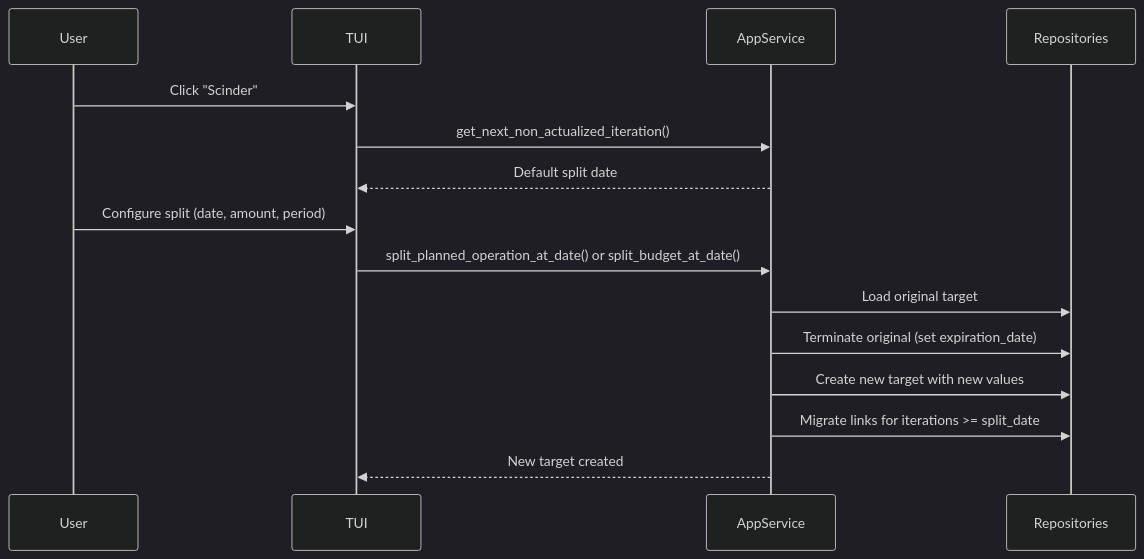
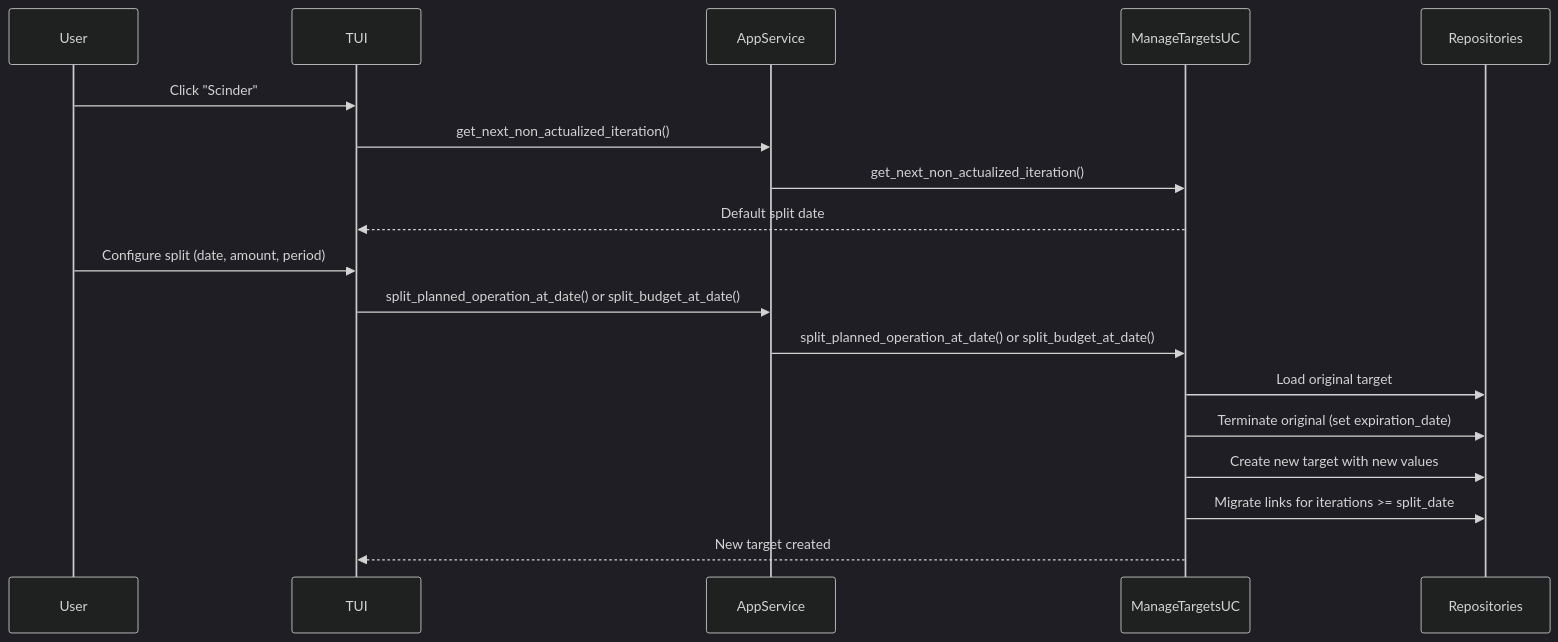
One commit to corentin-core/budget-forecaster changed the first of 2 diagrams in docs/dev/planned-operations-budgets.md. Above: the diagram before and after it, drawn with Mermaid (dark theme). The commit also changed other lines of this file and 19 other files, not shown here.

````diff
--- a/docs/dev/planned-operations-budgets.md
+++ b/docs/dev/planned-operations-budgets.md
@@ -21,20 +21,23 @@
 ```mermaid
 sequenceDiagram
     participant User
     participant TUI
     participant AppService
+    participant ManageTargetsUC
     participant Repositories
 
     User->>TUI: Click "Scinder"
     TUI->>AppService: get_next_non_actualized_iteration()
-    AppService-->>TUI: Default split date
+    AppService->>ManageTargetsUC: get_next_non_actualized_iteration()
+    ManageTargetsUC-->>TUI: Default split date
 
     User->>TUI: Configure split (date, amount, period)
     TUI->>AppService: split_planned_operation_at_date() or split_budget_at_date()
+    AppService->>ManageTargetsUC: split_planned_operation_at_date() or split_budget_at_date()
 
-    AppService->>Repositories: Load original target
-    AppService->>Repositories: Terminate original (set expiration_date)
-    AppService->>Repositories: Create new target with new values
-    AppService->>Repositories: Migrate links for iterations >= split_date
-    AppService-->>TUI: New target created
+    ManageTargetsUC->>Repositories: Load original target
+    ManageTargetsUC->>Repositories: Terminate original (set expiration_date)
+    ManageTargetsUC->>Repositories: Create new target with new values
+    ManageTargetsUC->>Repositories: Migrate links for iterations >= split_date
+    ManageTargetsUC-->>TUI: New target created
 ```
````
